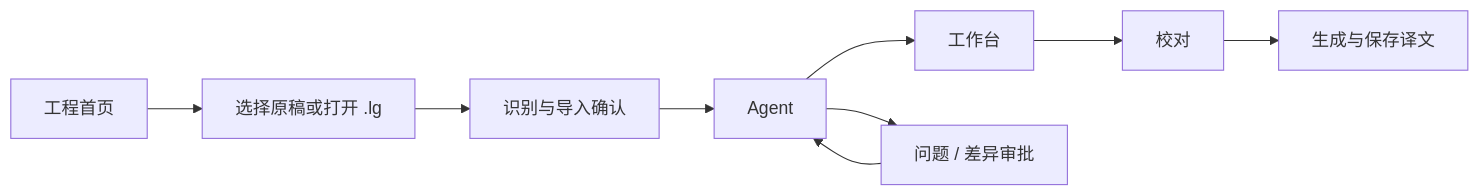
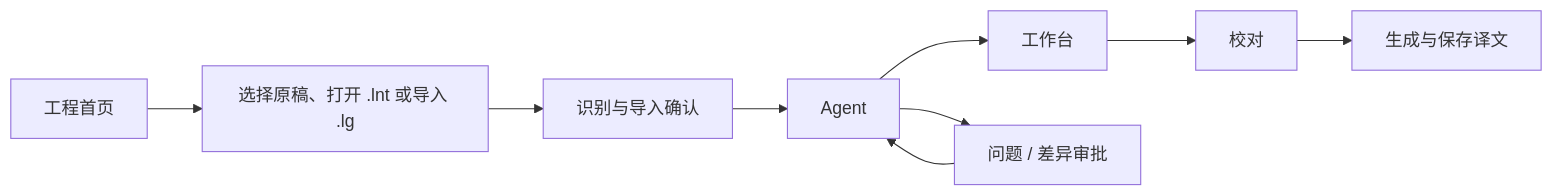
Before and after one commit to breakyuna/LightNovelTranslator: the diagram in docs/plans/2026-10-22-native-lg-rebuild/UI_SPEC.md, drawn with Mermaid. The commit also changed other lines of this file and 24 other files, not shown here.

````diff
--- a/docs/plans/2026-10-22-native-lg-rebuild/UI_SPEC.md
+++ b/docs/plans/2026-10-22-native-lg-rebuild/UI_SPEC.md
@@ -11,11 +11,11 @@
 ```mermaid
 flowchart LR
-    Home[工程首页] --> Import[选择原稿或打开 .lg]
+    Home[工程首页] --> Import[选择原稿、打开 .lnt 或导入 .lg]
     Import --> Review[识别与导入确认]
     Review --> Agent[Agent]
     Agent --> Workbench[工作台]
     Workbench --> Proof[校对]
     Proof --> Export[生成与保存译文]
     Agent --> Decision[问题 / 差异审批]
     Decision --> Agent
 ```
````
